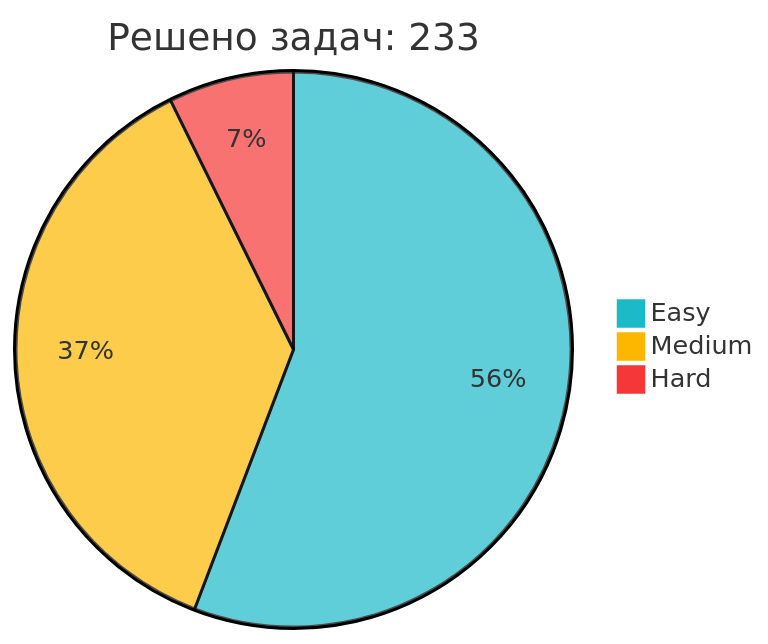
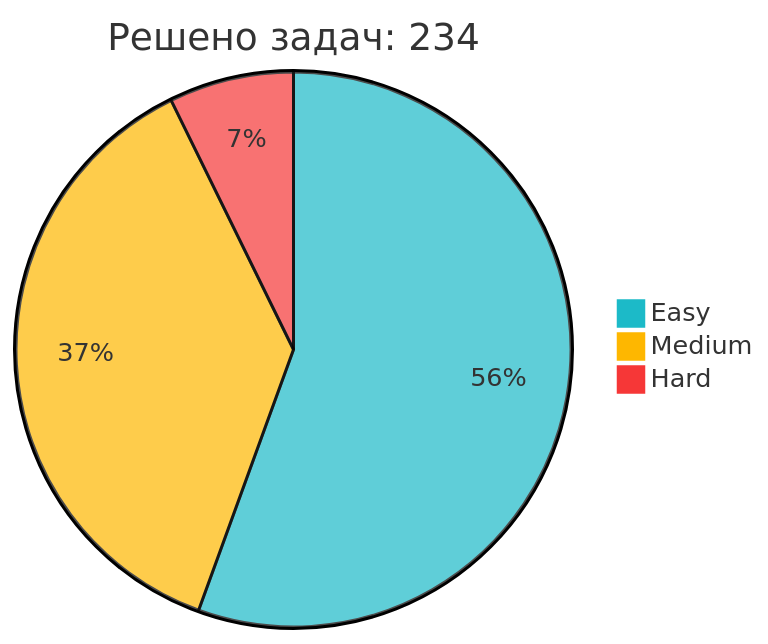
The diagram in README.md (IliaKurdukov/IliaKurdukov), drawn with Mermaid before and after one commit. The commit also changed other lines of this file, not shown here.

Commit message:
📈 Обновление статистики LeetCode

````diff
--- a/README.md
+++ b/README.md
@@ -51,7 +51,7 @@
 ```mermaid
 %%{init: {'theme': 'base', 'themeVariables': { 'pie1': '#1CBAC8', 'pie2': '#FEB700', 'pie3': '#F63737' }, 'config': {'width': 300, 'height': 200}}}%%
-pie title Решено задач: 233
+pie title Решено задач: 234
    "Easy" : 130
-   "Medium" : 86
+   "Medium" : 87
    "Hard" : 17
 ```
````
